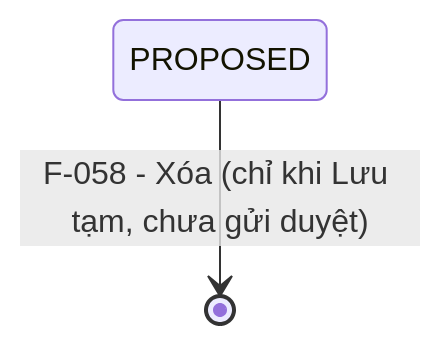
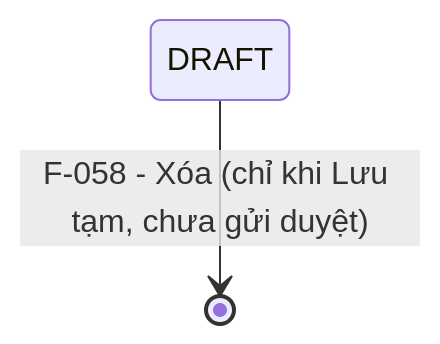
Before and after one commit to trangg21-bit/hang-hai-kchtgt: the diagram in docs/modules/M-003-quan-ly-tai-san-kchtgt-khu-nuoc-vts/_features/F-058-quan-ly-tram-radar-xoa/feature-brief.md, drawn with Mermaid. The commit also changed other lines of this file and 139 other files, not shown here.

````diff
--- a/docs/modules/M-003-quan-ly-tai-san-kchtgt-khu-nuoc-vts/_features/F-058-quan-ly-tram-radar-xoa/feature-brief.md
+++ b/docs/modules/M-003-quan-ly-tai-san-kchtgt-khu-nuoc-vts/_features/F-058-quan-ly-tram-radar-xoa/feature-brief.md
@@ -91,4 +91,4 @@
 ```mermaid
 stateDiagram-v2
-    PROPOSED --> [*]: F-058 - Xóa (chỉ khi Lưu tạm, chưa gửi duyệt)
+    DRAFT --> [*]: F-058 - Xóa (chỉ khi Lưu tạm, chưa gửi duyệt)
 ```
````
